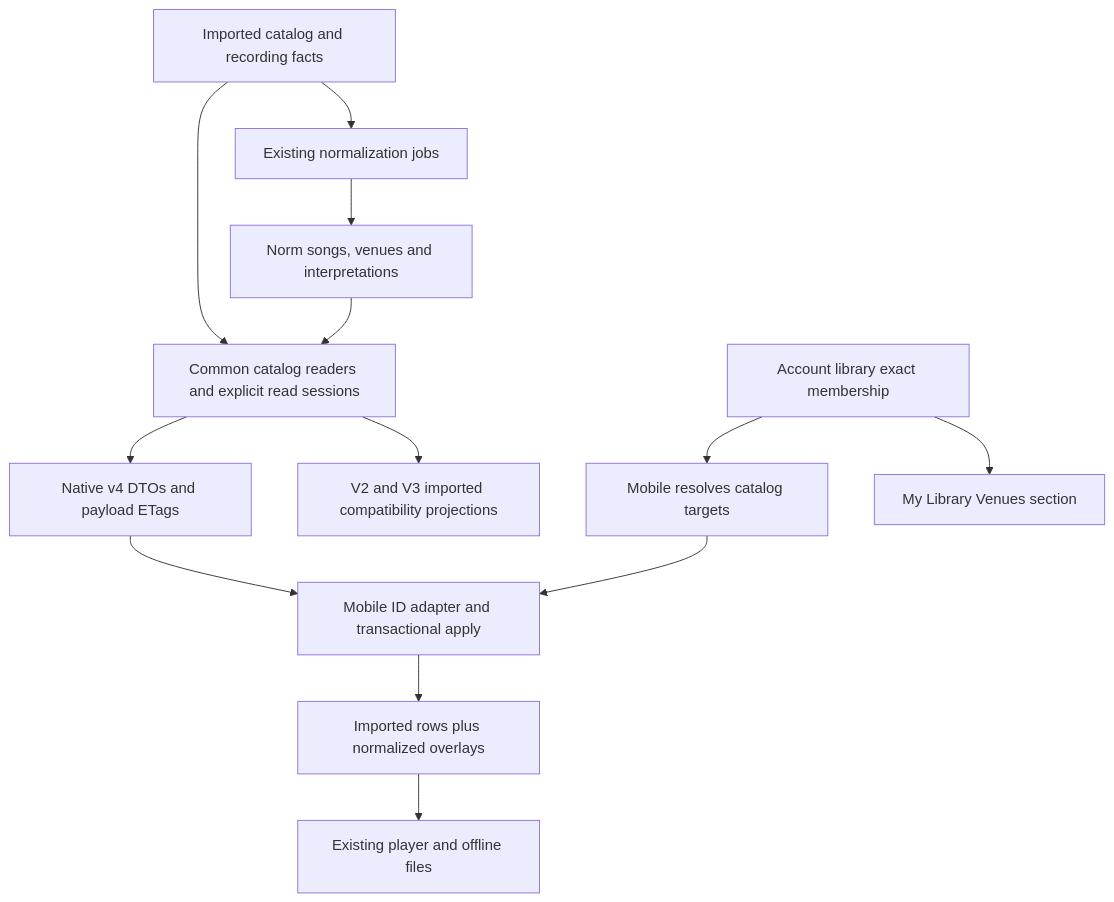
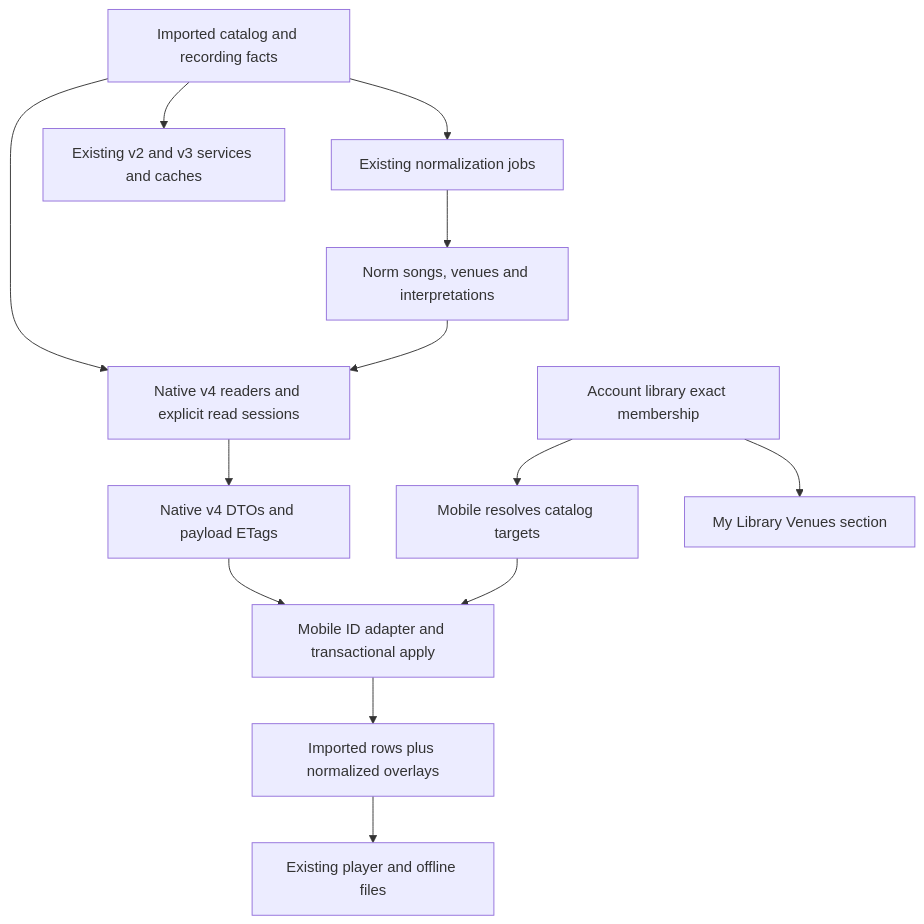
The first of 2 diagrams in docs/plans/active/2026-10-29-v4-api/README.md (RelistenNet/RelistenApi), drawn with Mermaid before and after one commit. The commit also changed other lines of this file and 9 other files, not shown here.

First line of the commit message:
docs(v4): freeze legacy services and focus native work

````diff
--- a/docs/plans/active/2026-10-29-v4-api/README.md
+++ b/docs/plans/active/2026-10-29-v4-api/README.md
@@ -126,15 +126,15 @@
 ```mermaid
 flowchart TD
-    Imported[Imported catalog and recording facts] --> Read[Common catalog readers and explicit read sessions]
+    Imported[Imported catalog and recording facts] --> Read[Native v4 readers and explicit read sessions]
     Imported --> Jobs[Existing normalization jobs]
     Jobs --> Norm[Norm songs, venues and interpretations]
     Norm --> Read
     Read --> HTTP[Native v4 DTOs and payload ETags]
-    Read --> Legacy[V2 and V3 imported compatibility projections]
+    Imported --> Legacy[Existing v2 and v3 services and caches]
     HTTP --> Adapter[Mobile ID adapter and transactional apply]
     Adapter --> Realm[Imported rows plus normalized overlays]
     Realm --> Player[Existing player and offline files]
     Library[Account library exact membership] --> Hydrate[Mobile resolves catalog targets]
     Hydrate --> Adapter
     Library --> VenueUI[My Library Venues section]
 ```
````
